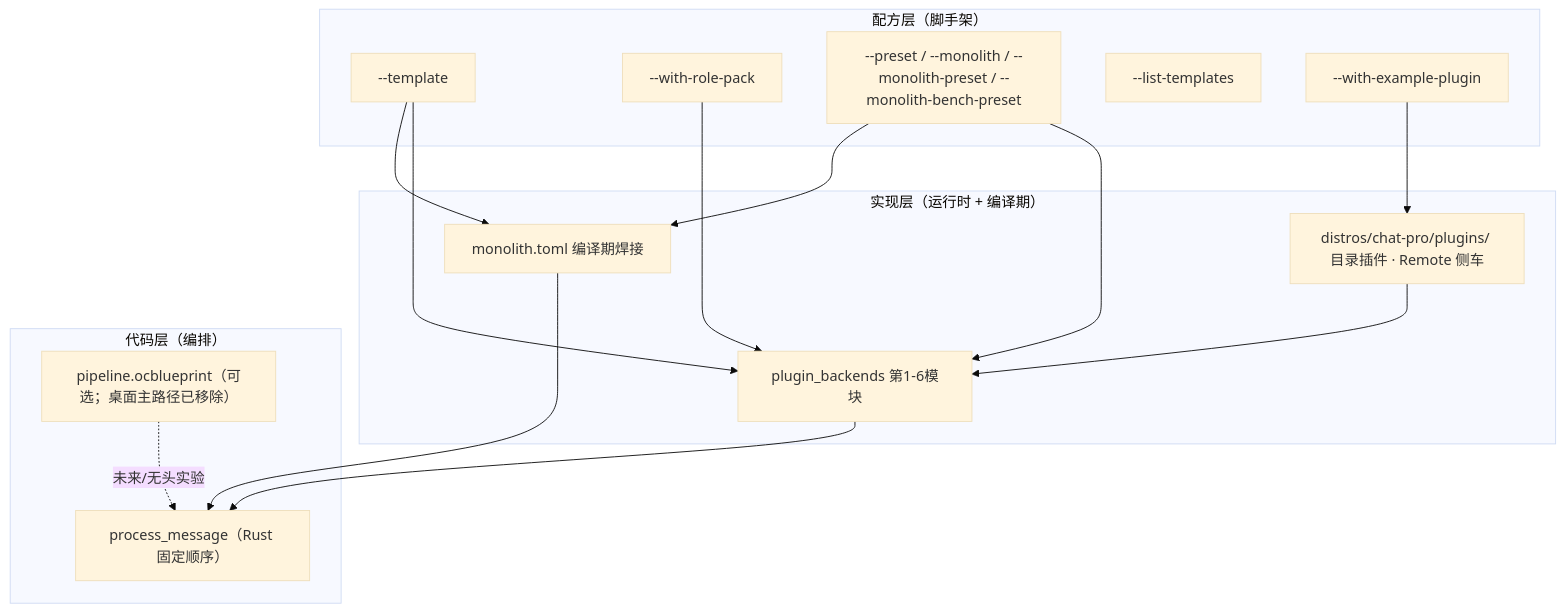
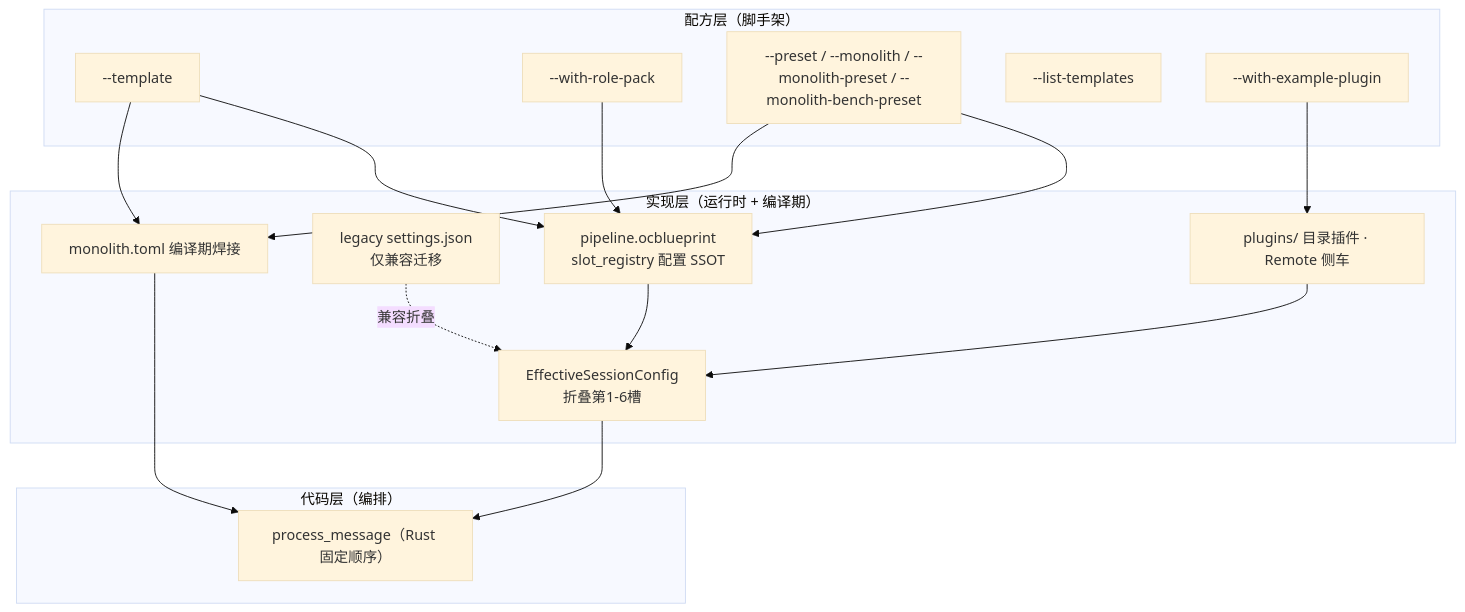
One commit to linkaiheng2233-cyber/oclivenewnew changed the diagram in creator-docs/getting-started/KERNEL_FACTORY_VISION.md. Above: the diagram before and after it, drawn with Mermaid (base theme). The commit also changed other lines of this file and 231 other files, not shown here.

Commit message:
docs(architecture): align project around tool kernel

````diff
--- a/creator-docs/getting-started/KERNEL_FACTORY_VISION.md
+++ b/creator-docs/getting-started/KERNEL_FACTORY_VISION.md
@@ -86,29 +86,31 @@
 ```mermaid
 flowchart TB
   subgraph recipe["配方层（脚手架）"]
     T["--template"]
     R["--with-role-pack"]
     P["--preset / --monolith / --monolith-preset / --monolith-bench-preset"]
     L["--list-templates"]
     E["--with-example-plugin"]
   end
   subgraph impl["实现层（运行时 + 编译期）"]
-    PB["plugin_backends 第1-6模块"]
+    BP["pipeline.ocblueprint<br/>slot_registry 配置 SSOT"]
+    PB["EffectiveSessionConfig<br/>折叠第1-6槽"]
+    LEG["legacy settings.json<br/>仅兼容迁移"]
     M["monolith.toml 编译期焊接"]
-    PL["distros/chat-pro/plugins/ 目录插件 · Remote 侧车"]
+    PL["plugins/ 目录插件 · Remote 侧车"]
   end
   subgraph code["代码层（编排）"]
     PM["process_message（Rust 固定顺序）"]
-    BP["pipeline.ocblueprint（可选；桌面主路径已移除）"]
   end
-  T --> PB
-  R --> PB
-  P --> PB
+  T --> BP
+  R --> BP
+  P --> BP
   T --> M
   P --> M
   E --> PL
+  BP --> PB
+  LEG -.兼容折叠.-> PB
   PB --> PM
   M --> PM
   PL --> PB
-  BP -.->|未来/无头实验| PM
 ```
````
